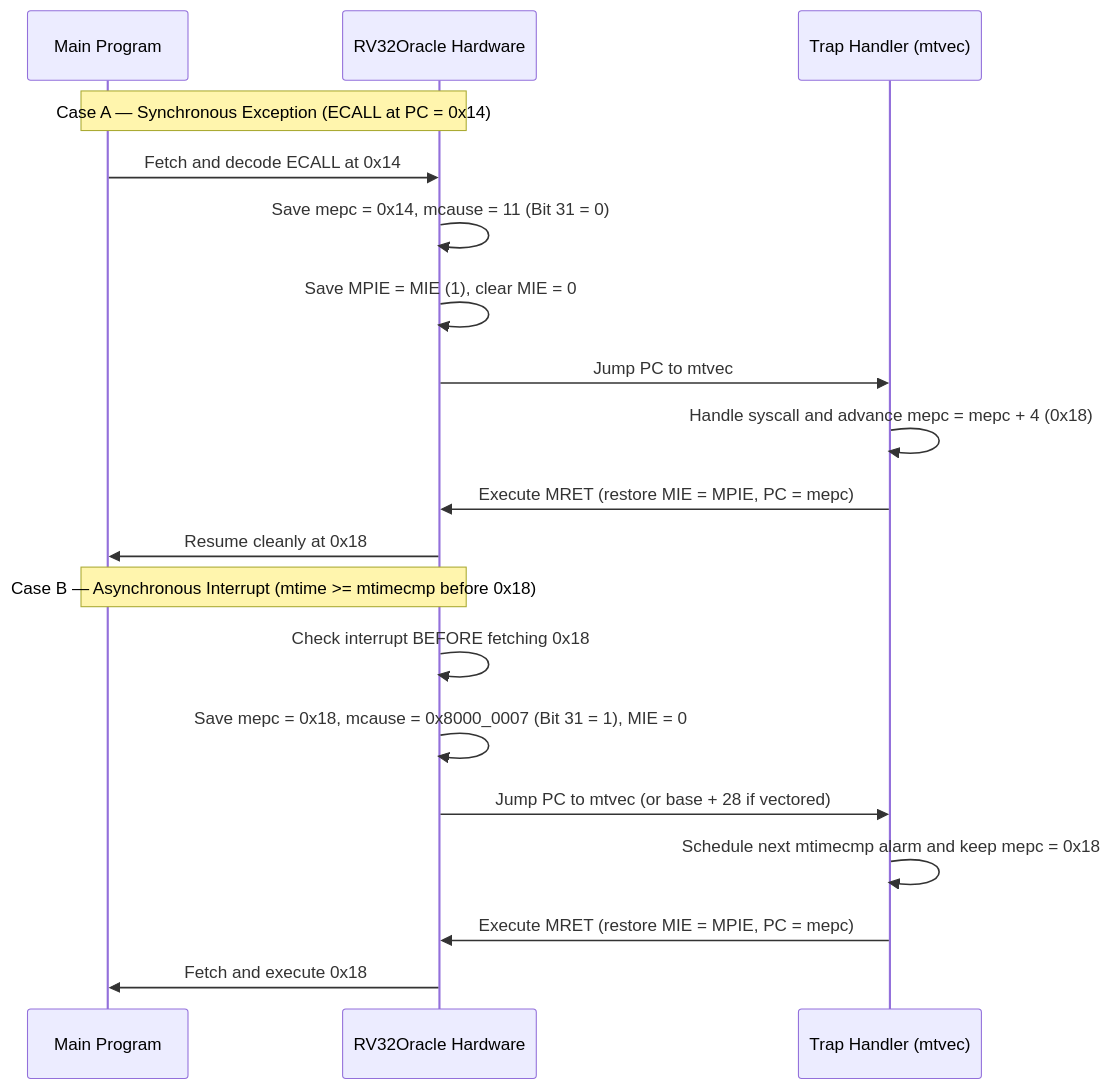
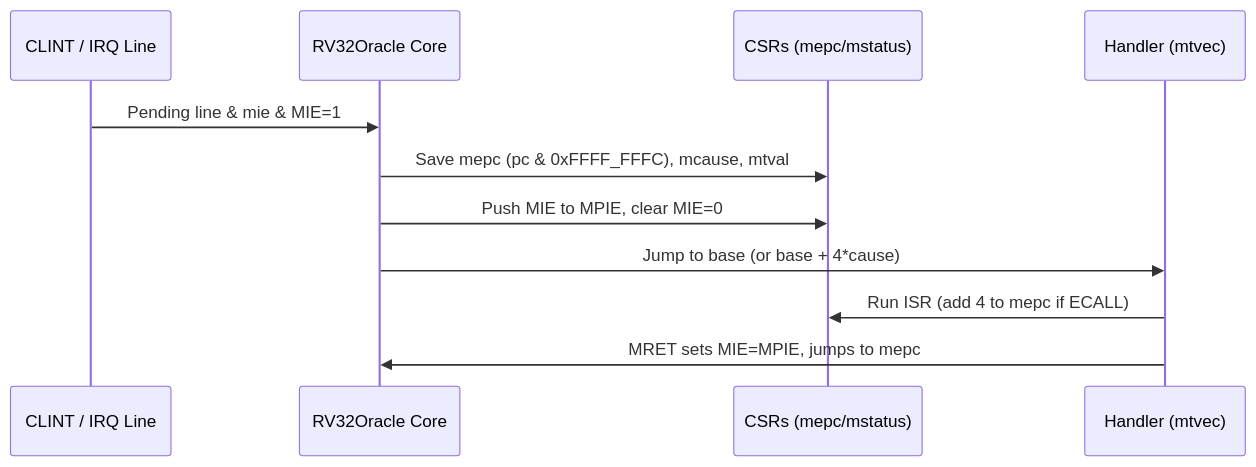
The second of 2 diagrams in systems/brain/chapters/01_golden_oracle_and_isa.md (Ethanex8/apex), drawn with Mermaid before and after one commit. The commit also changed other lines of this file and 10 other files, not shown here.

Commit message:
docs(brain): polish brain-01 chapter, widgets, Mermaid CSS, and oracle inline comments

````diff
--- a/systems/brain/chapters/01_golden_oracle_and_isa.md
+++ b/systems/brain/chapters/01_golden_oracle_and_isa.md
@@ -674,23 +448,13 @@
 ```mermaid
 sequenceDiagram
-    participant Main as Main Program
-    participant CPU as RV32Oracle Hardware
-    participant Handler as Trap Handler (mtvec)
-
-    Note over Main,CPU: Case A — Synchronous Exception (ECALL at PC = 0x14)
-    Main->>CPU: Fetch and decode ECALL at 0x14
-    CPU->>CPU: Save mepc = 0x14, mcause = 11 (Bit 31 = 0)
-    CPU->>CPU: Save MPIE = MIE (1), clear MIE = 0
-    CPU->>Handler: Jump PC to mtvec
-    Handler->>Handler: Handle syscall and advance mepc = mepc + 4 (0x18)
-    Handler->>CPU: Execute MRET (restore MIE = MPIE, PC = mepc)
-    CPU->>Main: Resume cleanly at 0x18
-
-    Note over Main,CPU: Case B — Asynchronous Interrupt (mtime >= mtimecmp before 0x18)
-    CPU->>CPU: Check interrupt BEFORE fetching 0x18
-    CPU->>CPU: Save mepc = 0x18, mcause = 0x8000_0007 (Bit 31 = 1), MIE = 0
-    CPU->>Handler: Jump PC to mtvec (or base + 28 if vectored)
-    Handler->>Handler: Schedule next mtimecmp alarm and keep mepc = 0x18
-    Handler->>CPU: Execute MRET (restore MIE = MPIE, PC = mepc)
-    CPU->>Main: Fetch and execute 0x18
+    participant T as CLINT / IRQ Line
+    participant C as RV32Oracle Core
+    participant R as CSRs (mepc/mstatus)
+    participant H as Handler (mtvec)
+    T->>C: Pending line & mie & MIE=1
+    C->>R: Save mepc (pc & 0xFFFF_FFFC), mcause, mtval
+    C->>R: Push MIE to MPIE, clear MIE=0
+    C->>H: Jump to base (or base + 4*cause)
+    H->>R: Run ISR (add 4 to mepc if ECALL)
+    H->>C: MRET sets MIE=MPIE, jumps to mepc
 ```
````
